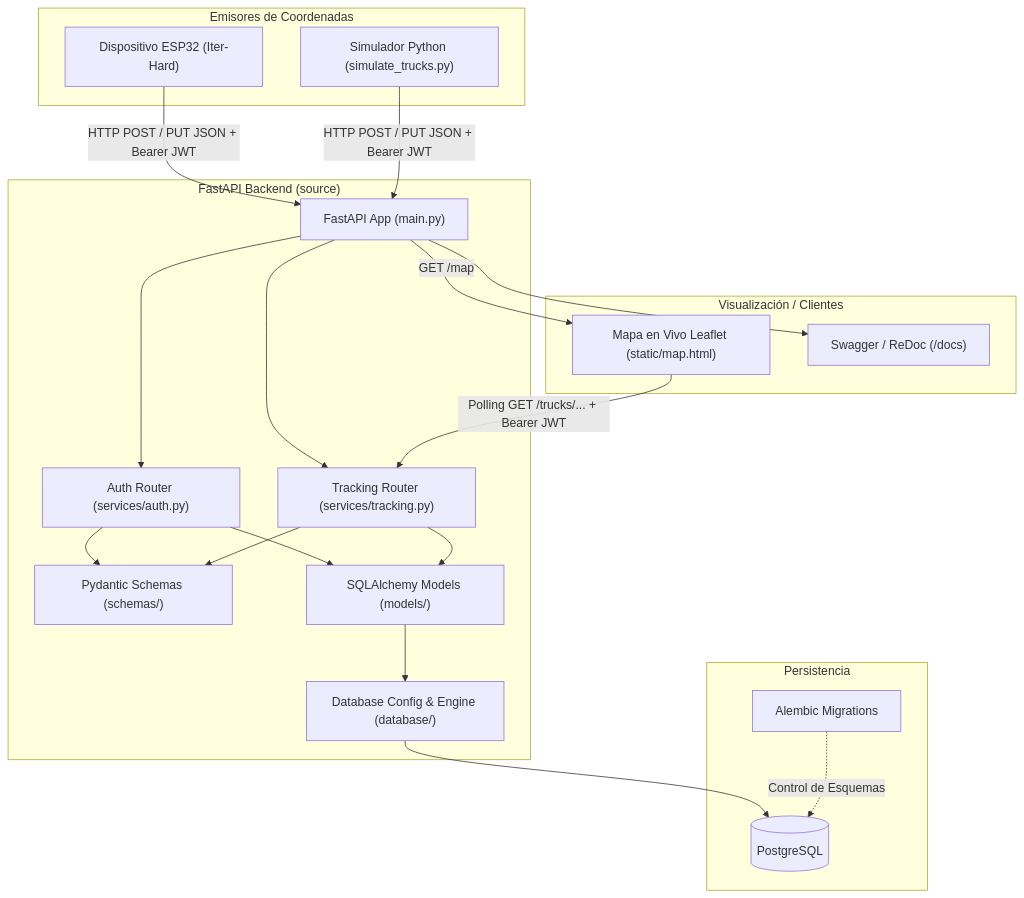
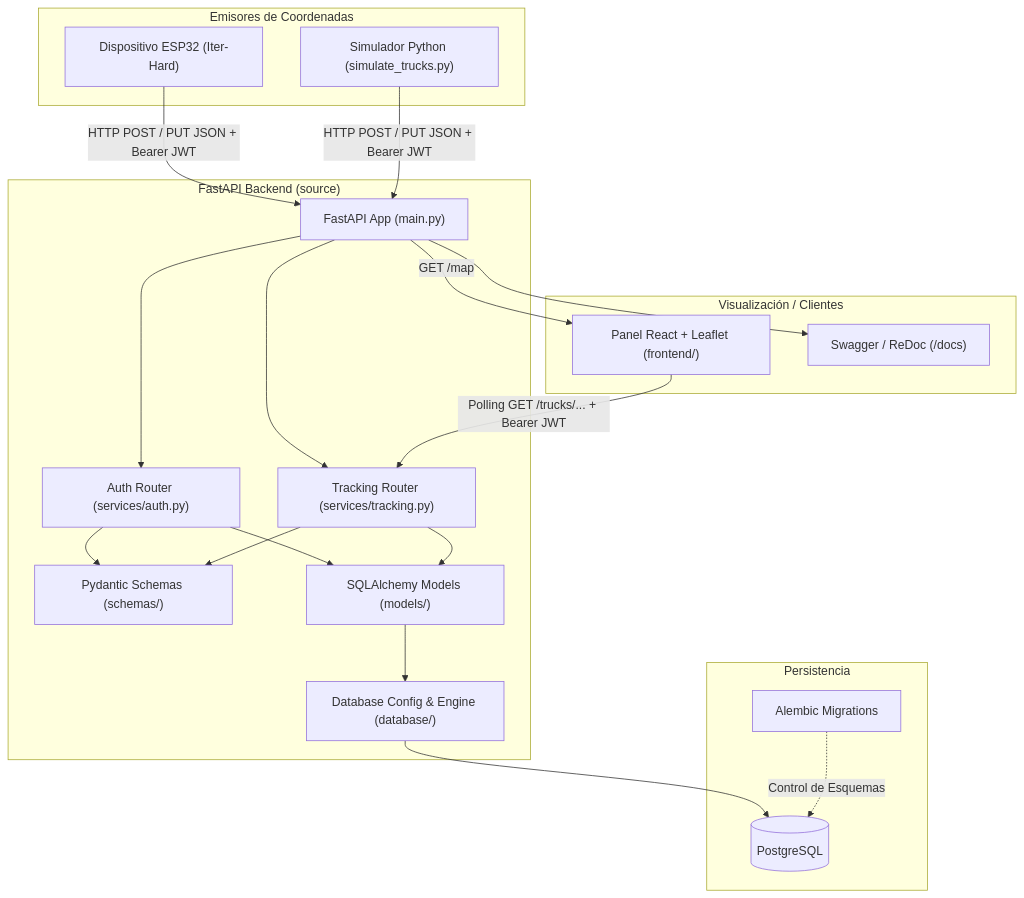
The diagram in README.md (octa-afk/IterTrack), drawn with Mermaid before and after one commit. The commit also changed other lines of this file and 32 other files, not shown here.

````diff
--- a/README.md
+++ b/README.md
@@ -43,41 +43,41 @@
 ```mermaid
 flowchart TD
     subgraph Emisores["Emisores de Coordenadas"]
         HW["Dispositivo ESP32 (Iter-Hard)"]
         SIM["Simulador Python (simulate_trucks.py)"]
     end
 
     subgraph Backend["FastAPI Backend (source)"]
         API["FastAPI App (main.py)"]
         Router["Tracking Router (services/tracking.py)"]
         Auth["Auth Router (services/auth.py)"]
         Schemas["Pydantic Schemas (schemas/)"]
         ORM["SQLAlchemy Models (models/)"]
         DBCfg["Database Config & Engine (database/)"]
     end
 
     subgraph Storage["Persistencia"]
         PG[("PostgreSQL")]
         AL["Alembic Migrations"]
     end
 
     subgraph Clientes["Visualización / Clientes"]
-        MAP["Mapa en Vivo Leaflet (static/map.html)"]
+        MAP["Panel React + Leaflet (frontend/)"]
         DOCS["Swagger / ReDoc (/docs)"]
     end
 
     HW -->|HTTP POST / PUT JSON + Bearer JWT| API
     SIM -->|HTTP POST / PUT JSON + Bearer JWT| API
     API --> Router
     API --> Auth
     Auth --> Schemas
     Auth --> ORM
     Router --> Schemas
     Router --> ORM
     ORM --> DBCfg
     DBCfg --> PG
     AL -.->|Control de Esquemas| PG
     API -->|GET /map| MAP
     MAP -->|Polling GET /trucks/... + Bearer JWT| Router
     API --> DOCS
 ```
````
